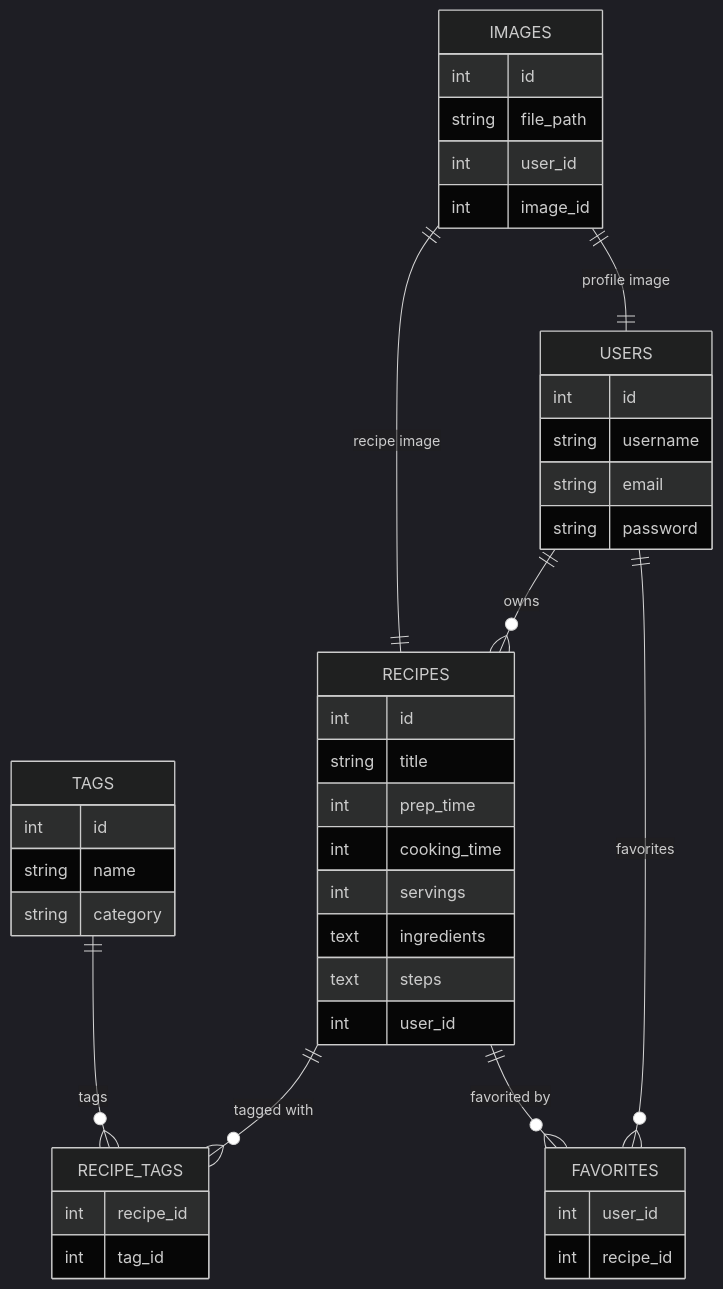
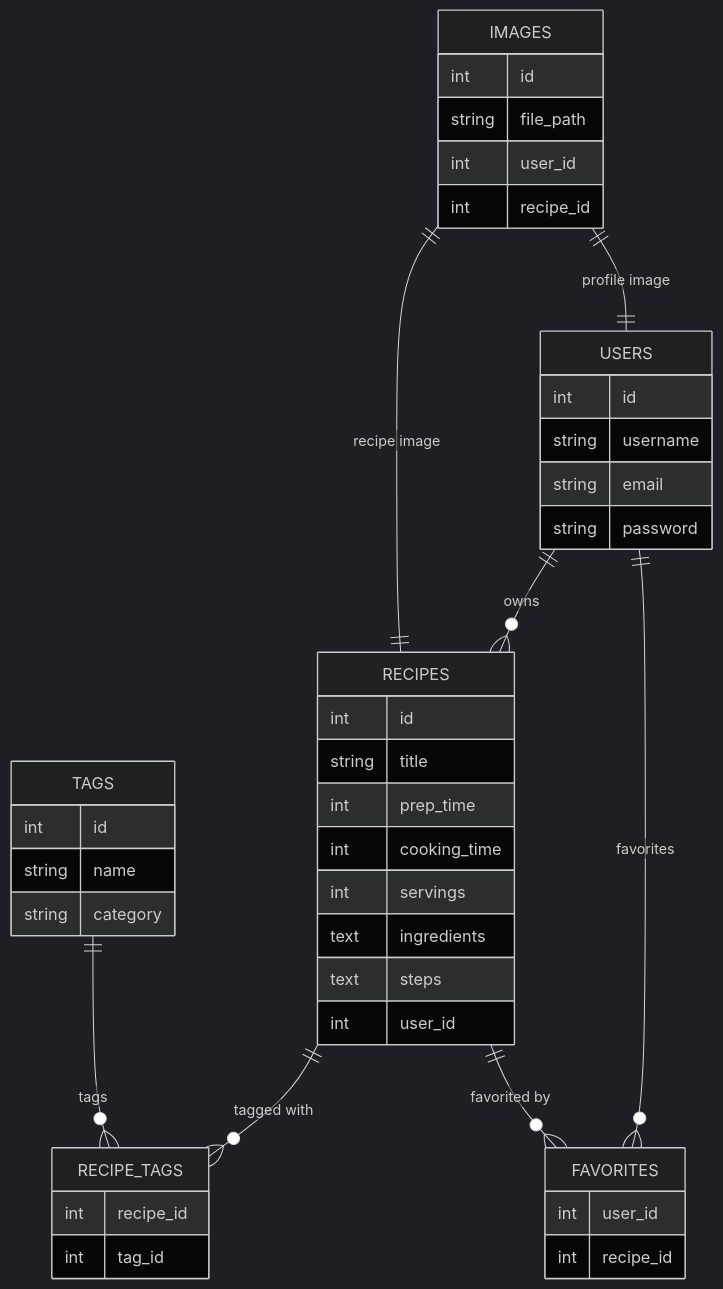
Before and after one commit to leolivi/Seasonal-Flavors: the diagram in backend/_docs/erd.mermaid, drawn with Mermaid (dark theme). The commit also changed 29 other files, not shown here.

```diff
--- a/backend/_docs/erd.mermaid
+++ b/backend/_docs/erd.mermaid
@@ -1,50 +1,50 @@
 erDiagram
  
     USERS {
         int id
         string username
         string email
         string password
     }
 
     FAVORITES {
         int user_id
         int recipe_id
     }
     
     RECIPES {
         int id
         string title
         int prep_time
         int cooking_time
         int servings
         text ingredients
         text steps
         int user_id
     }
     
     TAGS {
         int id
         string name
         string category
     }
 
     RECIPE_TAGS {
         int recipe_id
         int tag_id
     }
 
     IMAGES {
         int id
         string file_path
         int user_id
-        int image_id
+        int recipe_id
     }
 
     USERS ||--o{ RECIPES : "owns"
     RECIPES ||--o{ RECIPE_TAGS : "tagged with"
     TAGS ||--o{ RECIPE_TAGS : "tags"
     USERS ||--o{ FAVORITES : "favorites"
     RECIPES ||--o{ FAVORITES : "favorited by"
     IMAGES ||--|| RECIPES : "recipe image"
     IMAGES ||--|| USERS : "profile image"
```
